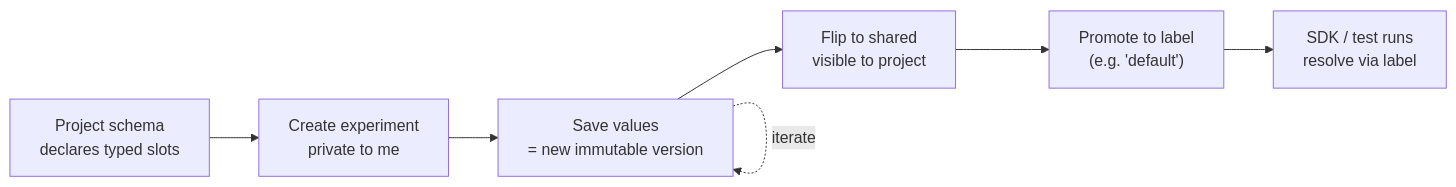
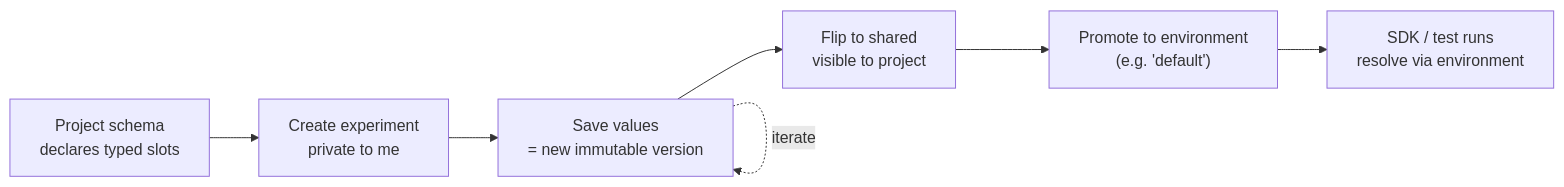
Before and after one commit to rhesis-ai/rhesis: the diagram in docs/content/docs/experiments/index.mdx, drawn with Mermaid. The commit also changed other lines of this file and 48 other files, not shown here.

````diff
--- a/docs/content/docs/experiments/index.mdx
+++ b/docs/content/docs/experiments/index.mdx
@@ -13,16 +13,16 @@
 ```mermaid
 flowchart LR
     Schema["Project schema<br/>declares typed slots"]
     Author["Create experiment<br/>private to me"]
     Commit["Save values<br/>= new immutable version"]
     Share["Flip to shared<br/>visible to project"]
-    Promote["Promote to label<br/>(e.g. 'default')"]
-    Resolve["SDK / test runs<br/>resolve via label"]
+    Promote["Promote to environment<br/>(e.g. 'default')"]
+    Resolve["SDK / test runs<br/>resolve via environment"]
 
     Schema --> Author
     Author --> Commit
     Commit -. iterate .-> Commit
     Commit --> Share
     Share --> Promote
     Promote --> Resolve
 ```
````
